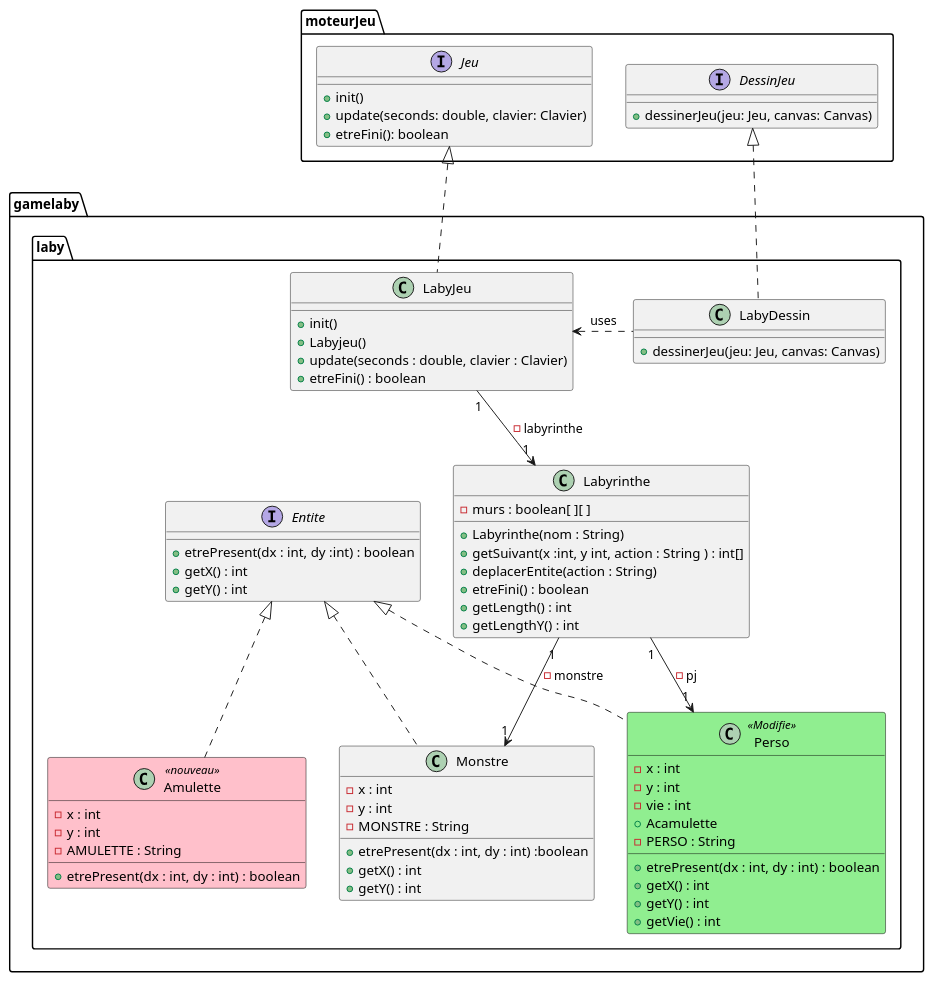
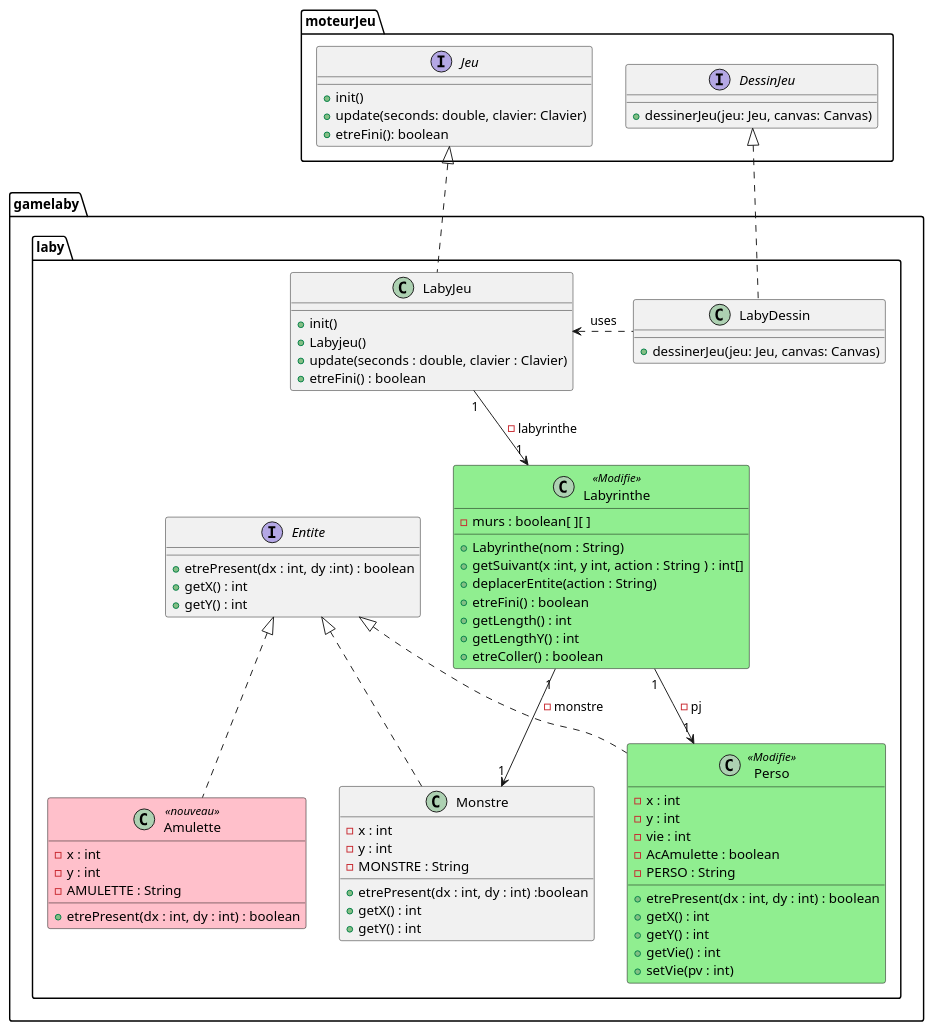
Before and after one commit to Jean-BaptisteEvan/2022_Zeldiablo_jeandidi3u_hary16u_jeanbap14u_dirand13u: the diagram in zeldiablo/documents/version_3/DiagrammeClasseDeuxiemeIteration.puml, drawn with PlantUML. The commit also changed 3 other files, not shown here.

```diff
--- a/zeldiablo/documents/version_3/DiagrammeClasseDeuxiemeIteration.puml
+++ b/zeldiablo/documents/version_3/DiagrammeClasseDeuxiemeIteration.puml
@@ -2,91 +2,94 @@
 @startuml
 skinparam class{
     backgroundColor<<Nouveau>> Pink
     borderColor<<Nouveau>>  Black
     backgroundColor<<Modifie>> LightGreen
     borderColor<<Modifie>>  Black
 }
 package moteurJeu{
 interface Jeu{
 + init()
 + update(seconds: double, clavier: Clavier)
 + etreFini(): boolean
 }
 
 
 interface DessinJeu {
 + dessinerJeu(jeu: Jeu, canvas: Canvas)
 }
 }
 package gamelaby.laby{
     class LabyDessin{
         + dessinerJeu(jeu: Jeu, canvas: Canvas)
     }
 
 DessinJeu <|.. LabyDessin
     class LabyJeu{
         +init()
         +Labyjeu()
         +update(seconds : double, clavier : Clavier)
         +etreFini() : boolean
         }
 
 Jeu <|.. LabyJeu
 
-    class Labyrinthe{
+    class Labyrinthe <<Modifie>>{
         -murs : boolean[ ][ ]
         +Labyrinthe(nom : String)
         +getSuivant(x :int, y int, action : String ) : int[]
         +deplacerEntite(action : String)
         +etreFini() : boolean
         +getLength() : int
         +getLengthY() : int
+        +etreColler() : boolean
 
     }
 LabyJeu "1" --> "1" Labyrinthe : -labyrinthe
     interface Entite {
         +etrePresent(dx : int, dy :int) : boolean
         + getX() : int
         + getY() : int
 
 
 
     }
     class Perso <<Modifie>>{
     -x : int
     -y : int
     -vie : int
-    +Acamulette
+    -AcAmulette : boolean
     - PERSO : String
     +etrePresent(dx : int, dy : int) : boolean
     +getX() : int
     +getY() : int
     +getVie() : int
+    +setVie(pv : int)
+
 
     }
     class Monstre{
     -x : int
     -y : int
     -MONSTRE : String
     +etrePresent(dx : int, dy : int) :boolean
     +getX() : int
     +getY() : int
 
     }
     class Amulette<<nouveau>>{
         -x : int
         -y : int
         -AMULETTE : String
         +etrePresent(dx : int, dy : int) : boolean
     }
 Entite <|.. Amulette
  Entite <|.. Perso
  Entite <|.. Monstre
  Labyrinthe "1" --> "1" Perso : -pj
  Labyrinthe "1" --> "1" Monstre : -monstre
  LabyJeu <. LabyDessin:uses
     }
 
 
 
 @enduml
```
